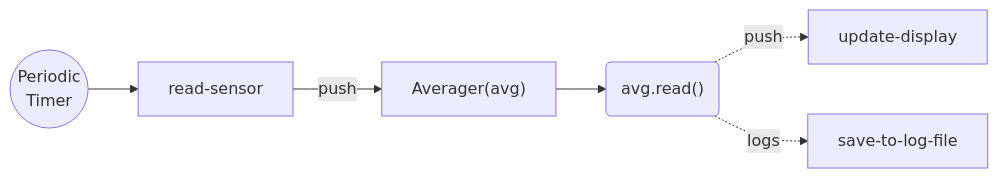
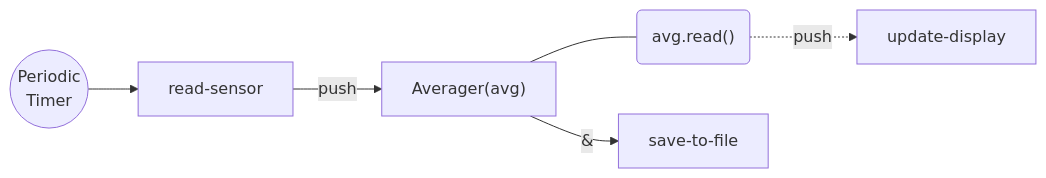
The fourth of 8 diagrams in README.md (Trappy-Scopes/pico-incubator), drawn with Mermaid before and after one commit. The commit also changed other lines of this file and 16 other files, not shown here.

````diff
--- a/README.md
+++ b/README.md
@@ -78,6 +108,6 @@
 ```mermaid
 graph LR
-	PT((Periodic<br>Timer)) --> read-sensor --push--> avg["Averager(avg)"] --> read("avg.read()")
+	PT((Periodic<br>Timer)) --> read-sensor --push--> avg["Averager(avg)"] --- read("avg.read()")
+	avg --"&"--> save-to-file
 	read -.push.-> update-display
-	read -.logs.-> save-to-log-file
 ```
````
